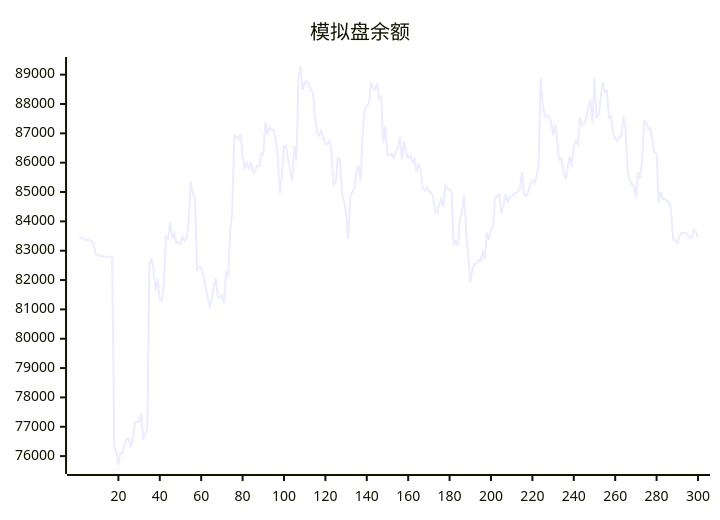
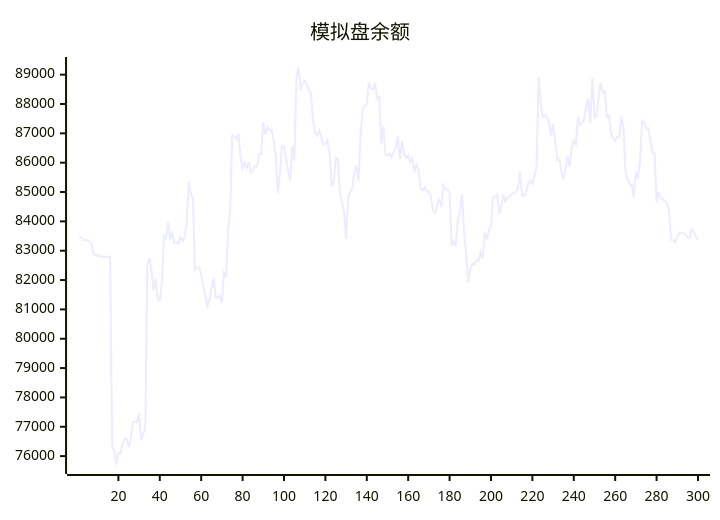
One commit to aahl/ai-trading changed the diagram in README.md. Above: the diagram before and after it, drawn with Mermaid. The commit also changed other lines of this file and 1 other file, not shown here.

````diff
--- a/README.md
+++ b/README.md
@@ -5,5 +5,5 @@
 ```mermaid
 xychart
     title "模拟盘余额"
-    line [83447,83448,83449,83369,83369,83369,83313,83256,82872,82873,82801,82844,82785,82791,82791,82793,82794,76339,76145,75714,76110,76096,76397,76594,76585,76310,76607,77160,77170,77160,77456,76541,76774,76927,82520,82744,82337,81639,82040,81307,81314,81887,83490,83414,83984,83396,83594,83261,83287,83253,83470,83327,83465,83987,85348,84930,84786,82355,82433,82438,82167,81795,81466,81105,81315,81756,82064,81426,81398,81481,81210,82242,82099,83658,84359,86925,86892,86814,86980,86203,85802,86003,85811,86028,85657,85721,85896,85880,86300,86299,87378,86965,87214,87115,87118,86780,86238,84966,85623,86555,86562,86129,85722,85387,86569,86070,88870,89278,88477,88720,88781,88668,88467,88372,87493,87018,86917,87102,86870,86613,86644,86758,86317,85242,85334,86149,86106,84968,84671,84302,83410,84816,85001,85127,85693,85891,85384,87001,87811,87945,88007,88734,88528,88495,88705,88189,88248,86662,87234,86279,86251,86314,86177,86364,86503,86886,86114,86731,86310,86176,86240,86017,86136,85685,85938,85749,85111,85044,85164,85016,85008,84824,84354,84287,84572,84745,84500,85234,85096,85095,84970,83180,83338,83157,84070,84309,84922,83667,82850,81924,82369,82552,82539,82695,82648,82962,82728,83619,83378,83710,83825,84819,84854,84917,84265,84527,84919,84668,84834,84850,84916,84981,85004,85131,85674,84891,84864,85019,85284,85393,85294,85538,85894,88904,88012,87567,87625,87568,87386,86920,87313,86737,86094,86143,85725,85437,85787,86219,85859,86526,86740,86630,87563,87264,87335,87483,87886,88180,87335,88894,87544,87608,88207,88755,88401,88444,87543,87608,87000,86810,86740,86894,86884,87576,87209,85686,85435,85251,85255,84820,85689,85453,86066,87420,87373,87161,87178,86740,86341,86315,84643,85012,84772,84768,84690,84635,84376,83360,83357,83259,83474,83608,83606,83602,83548,83440,83454,83724,83644,83464]
+    line [83448,83449,83369,83369,83369,83313,83256,82872,82873,82801,82844,82785,82791,82791,82793,82794,76339,76145,75714,76110,76096,76397,76594,76585,76310,76607,77160,77170,77160,77456,76541,76774,76927,82520,82744,82337,81639,82040,81307,81314,81887,83490,83414,83984,83396,83594,83261,83287,83253,83470,83327,83465,83987,85348,84930,84786,82355,82433,82438,82167,81795,81466,81105,81315,81756,82064,81426,81398,81481,81210,82242,82099,83658,84359,86925,86892,86814,86980,86203,85802,86003,85811,86028,85657,85721,85896,85880,86300,86299,87378,86965,87214,87115,87118,86780,86238,84966,85623,86555,86562,86129,85722,85387,86569,86070,88870,89278,88477,88720,88781,88668,88467,88372,87493,87018,86917,87102,86870,86613,86644,86758,86317,85242,85334,86149,86106,84968,84671,84302,83410,84816,85001,85127,85693,85891,85384,87001,87811,87945,88007,88734,88528,88495,88705,88189,88248,86662,87234,86279,86251,86314,86177,86364,86503,86886,86114,86731,86310,86176,86240,86017,86136,85685,85938,85749,85111,85044,85164,85016,85008,84824,84354,84287,84572,84745,84500,85234,85096,85095,84970,83180,83338,83157,84070,84309,84922,83667,82850,81924,82369,82552,82539,82695,82648,82962,82728,83619,83378,83710,83825,84819,84854,84917,84265,84527,84919,84668,84834,84850,84916,84981,85004,85131,85674,84891,84864,85019,85284,85393,85294,85538,85894,88904,88012,87567,87625,87568,87386,86920,87313,86737,86094,86143,85725,85437,85787,86219,85859,86526,86740,86630,87563,87264,87335,87483,87886,88180,87335,88894,87544,87608,88207,88755,88401,88444,87543,87608,87000,86810,86740,86894,86884,87576,87209,85686,85435,85251,85255,84820,85689,85453,86066,87420,87373,87161,87178,86740,86341,86315,84643,85012,84772,84768,84690,84635,84376,83360,83357,83259,83474,83608,83606,83602,83548,83440,83454,83724,83644,83464,83365]
 ```
````
